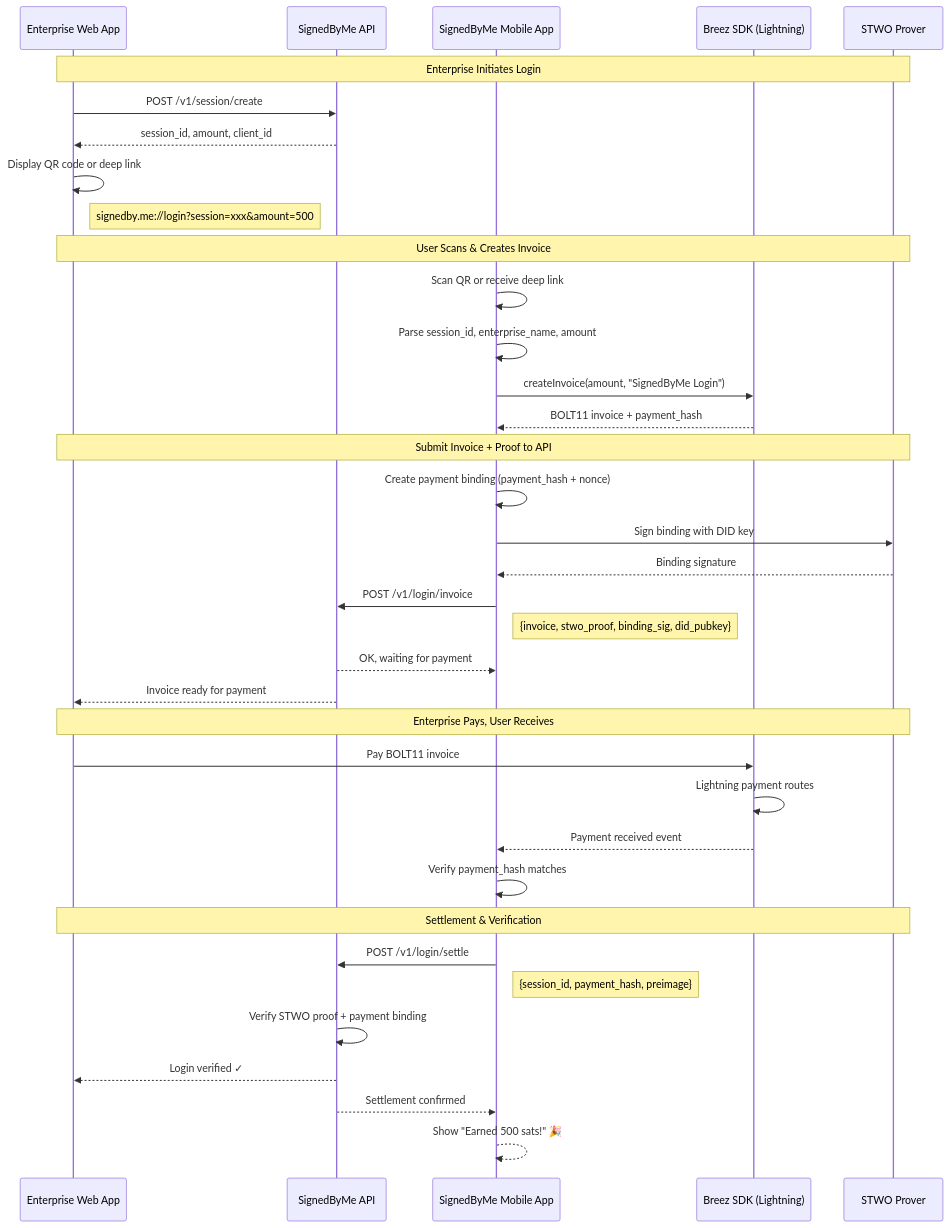
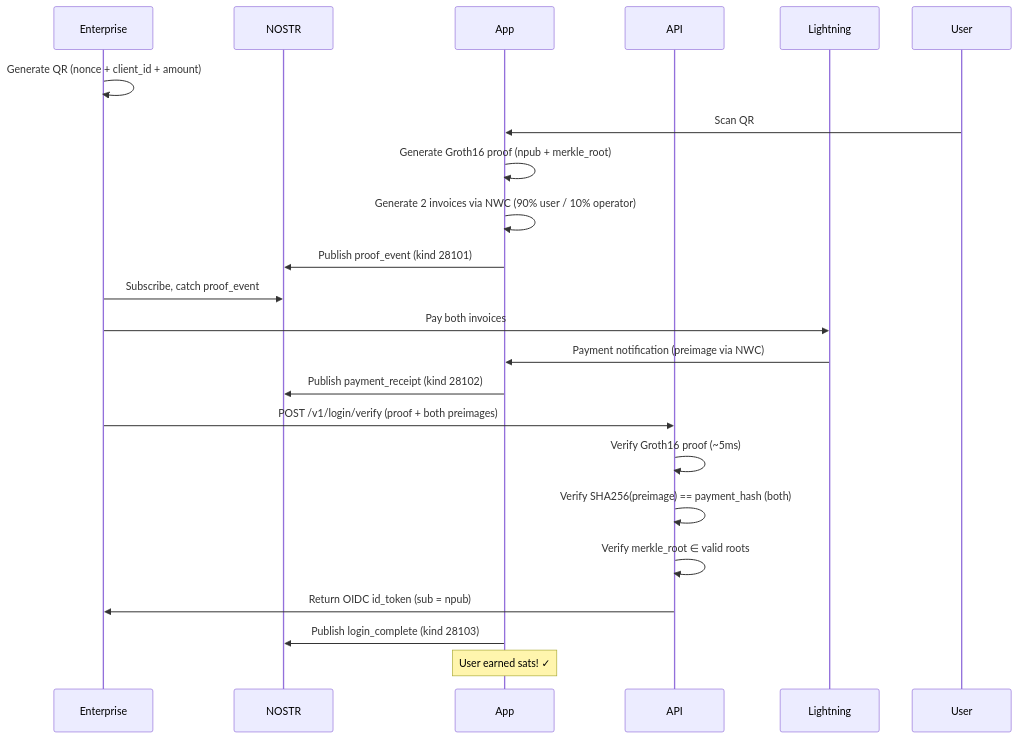
Before and after one commit to PrivacyLion/btc-did: the second of 3 diagrams in README.md, drawn with Mermaid. The commit also changed other lines of this file, not shown here.

First line of the commit message:
Update README for Groth16 architecture

````diff
--- a/README.md
+++ b/README.md
@@ -74,43 +67,25 @@
 ```mermaid
 sequenceDiagram
-    participant Enterprise as Enterprise Web App
-    participant API as SignedByMe API
-    participant App as SignedByMe Mobile App
-    participant Breez as Breez SDK (Lightning)
-    participant Rust as STWO Prover
-
-    Note over Enterprise,Rust: Enterprise Initiates Login
-    Enterprise->>API: POST /v1/session/create
-    API-->>Enterprise: session_id, amount, client_id
-    Enterprise->>Enterprise: Display QR code or deep link
-    Note right of Enterprise: signedby.me://login?session=xxx&amount=500
-
-    Note over Enterprise,Rust: User Scans & Creates Invoice
-    App->>App: Scan QR or receive deep link
-    App->>App: Parse session_id, enterprise_name, amount
-    App->>Breez: createInvoice(amount, "SignedByMe Login")
-    Breez-->>App: BOLT11 invoice + payment_hash
+    participant Enterprise
+    participant NOSTR
+    participant App
+    participant API
+    participant Lightning
     
-    Note over Enterprise,Rust: Submit Invoice + Proof to API
-    App->>App: Create payment binding (payment_hash + nonce)
-    App->>Rust: Sign binding with DID key
-    Rust-->>App: Binding signature
-    App->>API: POST /v1/login/invoice
-    Note right of App: {invoice, stwo_proof, binding_sig, did_pubkey}
-    API-->>App: OK, waiting for payment
-    API-->>Enterprise: Invoice ready for payment
-
-    Note over Enterprise,Rust: Enterprise Pays, User Receives
-    Enterprise->>Breez: Pay BOLT11 invoice
-    Breez->>Breez: Lightning payment routes
-    Breez-->>App: Payment received event
-    App->>App: Verify payment_hash matches
-    
-    Note over Enterprise,Rust: Settlement & Verification
-    App->>API: POST /v1/login/settle
-    Note right of App: {session_id, payment_hash, preimage}
-    API->>API: Verify STWO proof + payment binding
-    API-->>Enterprise: Login verified ✓
-    API-->>App: Settlement confirmed
-    App-->>App: Show "Earned 500 sats!" 🎉
+    Enterprise->>Enterprise: Generate QR (nonce + client_id + amount)
+    User->>App: Scan QR
+    App->>App: Generate Groth16 proof (npub + merkle_root)
+    App->>App: Generate 2 invoices via NWC (90% user / 10% operator)
+    App->>NOSTR: Publish proof_event (kind 28101)
+    Enterprise->>NOSTR: Subscribe, catch proof_event
+    Enterprise->>Lightning: Pay both invoices
+    Lightning->>App: Payment notification (preimage via NWC)
+    App->>NOSTR: Publish payment_receipt (kind 28102)
+    Enterprise->>API: POST /v1/login/verify (proof + both preimages)
+    API->>API: Verify Groth16 proof (~5ms)
+    API->>API: Verify SHA256(preimage) == payment_hash (both)
+    API->>API: Verify merkle_root ∈ valid roots
+    API->>Enterprise: Return OIDC id_token (sub = npub)
+    App->>NOSTR: Publish login_complete (kind 28103)
+    Note over App: User earned sats! ✓
 ```
````
